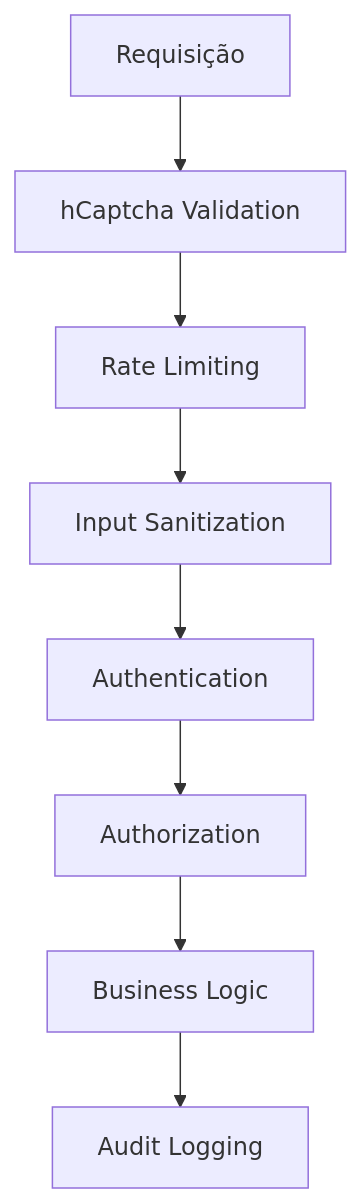
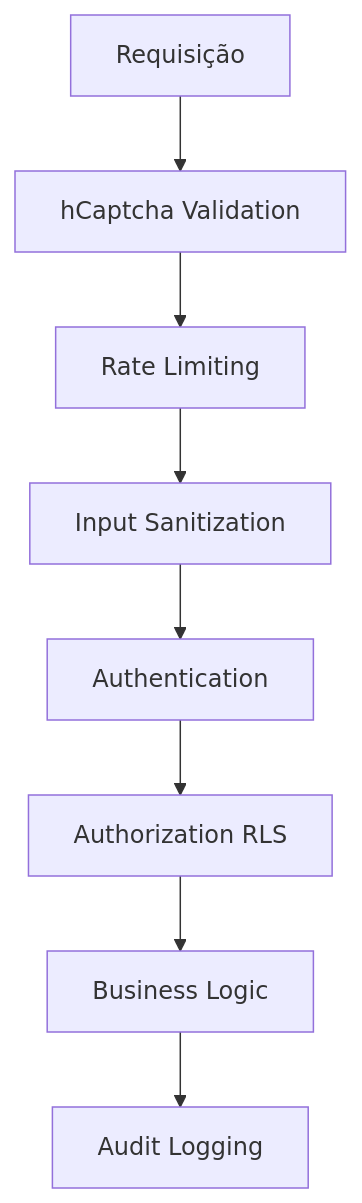
The third of 4 diagrams in README.md (Teachlyze/TamanduAI_new), drawn with Mermaid before and after one commit. The commit also changed other lines of this file and 3 other files, not shown here.

````diff
--- a/README.md
+++ b/README.md
@@ -1211,10 +1828,10 @@
 ```mermaid
 graph TD
     A[Requisição] --> B[hCaptcha Validation]
     B --> C[Rate Limiting]
     C --> D[Input Sanitization]
     D --> E[Authentication]
-    E --> F[Authorization]
+    E --> F[Authorization RLS]
     F --> G[Business Logic]
     G --> H[Audit Logging]
 ```
````
